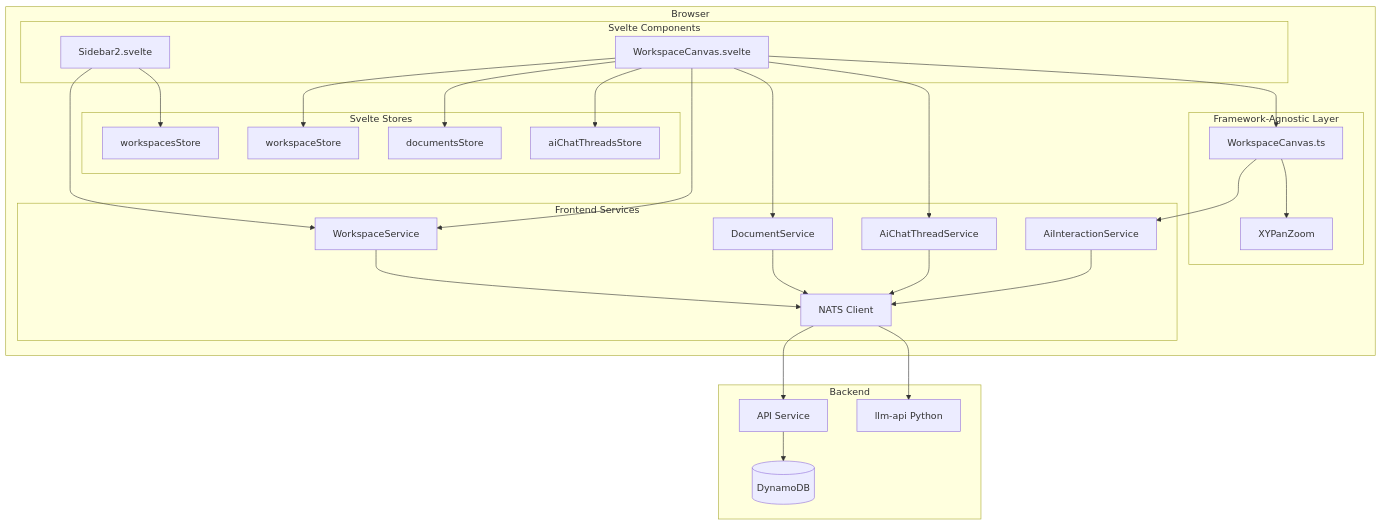
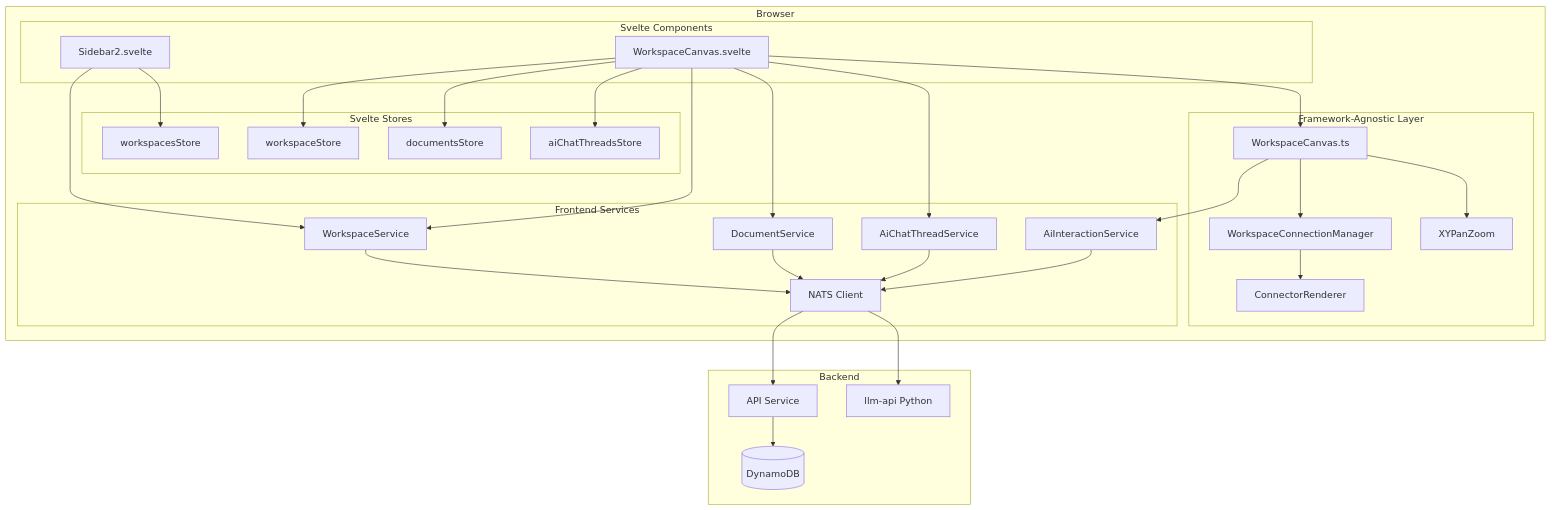
Before and after one commit to Lixpi/lixpi: the first of 16 diagrams in documentation/features/WORKSPACE-FEATURE.md, drawn with Mermaid. The commit also changed other lines of this file and 101 other files, not shown here.

````diff
--- a/documentation/features/WORKSPACE-FEATURE.md
+++ b/documentation/features/WORKSPACE-FEATURE.md
@@ -21,55 +21,59 @@
 ```mermaid
 flowchart TB
     subgraph Client["Browser"]
         subgraph Svelte["Svelte Components"]
             Sidebar[Sidebar2.svelte]
             WCS[WorkspaceCanvas.svelte]
         end
 
         subgraph Stores["Svelte Stores"]
             WSS[workspacesStore]
             WS[workspaceStore]
             DS[documentsStore]
             TS[aiChatThreadsStore]
         end
 
         subgraph Infographics["Framework-Agnostic Layer"]
             WC[WorkspaceCanvas.ts]
+            WCM[WorkspaceConnectionManager]
             XY[XYPanZoom]
+            CR[ConnectorRenderer]
         end
 
         subgraph Services["Frontend Services"]
             WSvc[WorkspaceService]
             DSvc[DocumentService]
             TSvc[AiChatThreadService]
             AIS[AiInteractionService]
             NATS[NATS Client]
         end
     end
 
     subgraph Backend["Backend"]
         API[API Service]
         LLMAPI[llm-api Python]
         DB[(DynamoDB)]
     end
 
     Sidebar --> WSS
     Sidebar --> WSvc
     WCS --> WS
     WCS --> DS
     WCS --> TS
     WCS --> WC
     WC --> XY
+    WC --> WCM
+    WCM --> CR
 
     WCS --> WSvc
     WCS --> DSvc
     WCS --> TSvc
     WC --> AIS
     WSvc --> NATS
     DSvc --> NATS
     TSvc --> NATS
     AIS --> NATS
     NATS --> API
     NATS --> LLMAPI
     API --> DB
 ```
````
